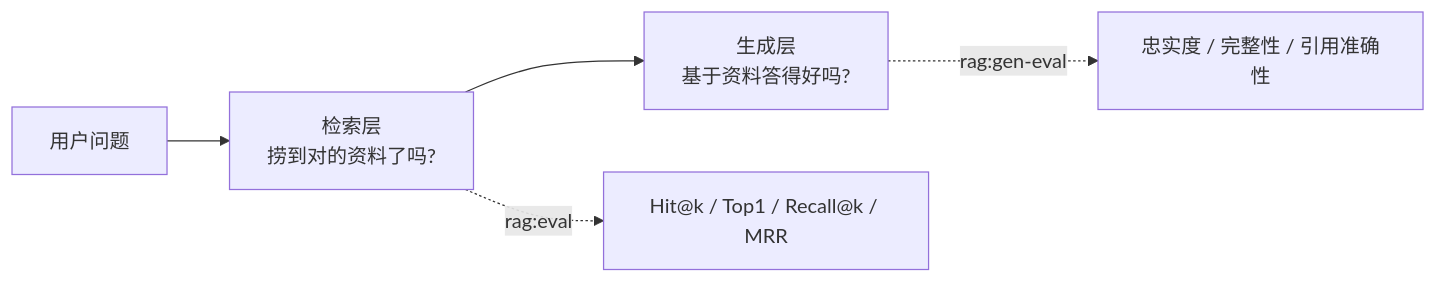
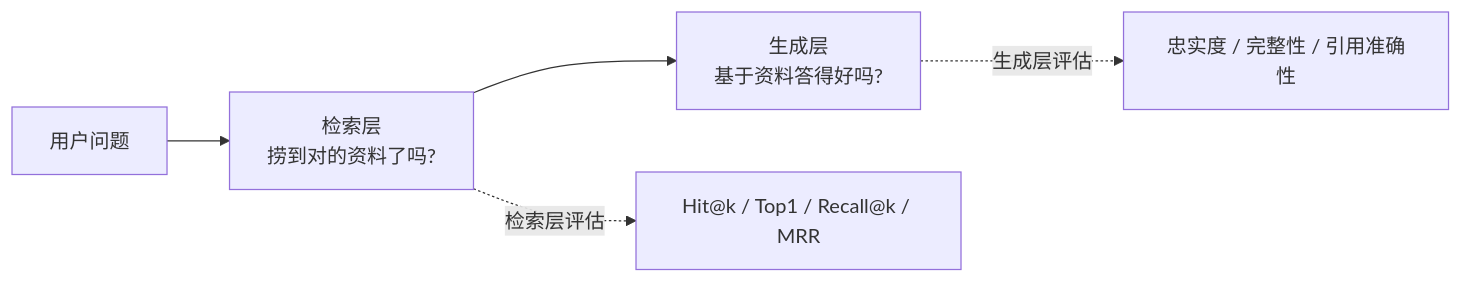
One commit to jun2333/knowledge changed the diagram in docs/project-architecture/06-evaluation.md. Above: the diagram before and after it, drawn with Mermaid. The commit also changed other lines of this file and 16 other files, not shown here.

````diff
--- a/docs/project-architecture/06-evaluation.md
+++ b/docs/project-architecture/06-evaluation.md
@@ -16,7 +16,7 @@
 ```mermaid
 flowchart LR
   Q[用户问题] --> R[检索层<br/>捞到对的资料了吗?]
   R --> G[生成层<br/>基于资料答得好吗?]
-  R -.->|rag:eval| M1["Hit@k / Top1 / Recall@k / MRR"]
-  G -.->|rag:gen-eval| M2["忠实度 / 完整性 / 引用准确性"]
+  R -.->|检索层评估| M1["Hit@k / Top1 / Recall@k / MRR"]
+  G -.->|生成层评估| M2["忠实度 / 完整性 / 引用准确性"]
 ```
````
